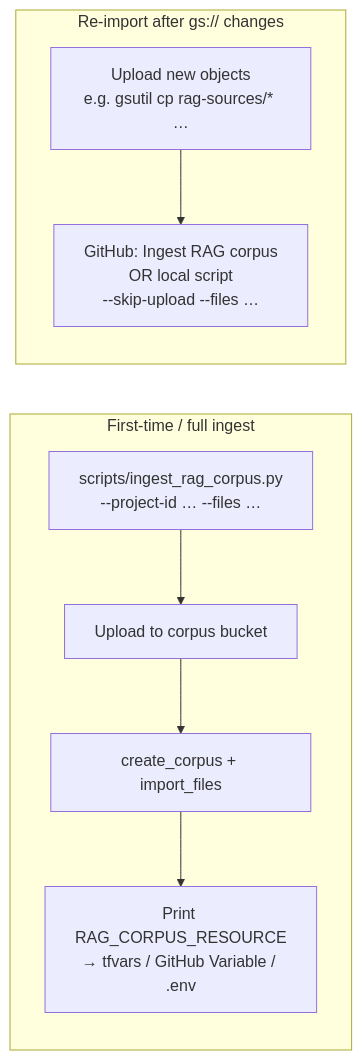
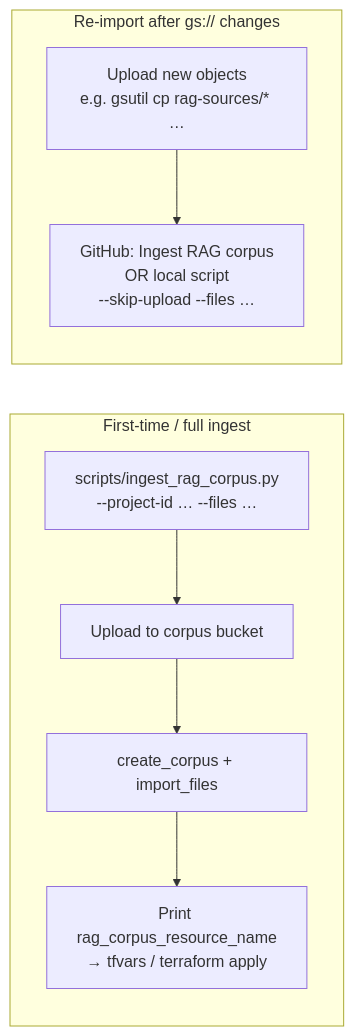
One commit to ak47/digital_twin changed the third of 6 diagrams in docs/ARCHITECTURE.md. Above: the diagram before and after it, drawn with Mermaid. The commit also changed other lines of this file and 17 other files, not shown here.

First line of the commit message:
Update Terraform and GitHub Actions configurations for improved RAG corpus management

````diff
--- a/docs/ARCHITECTURE.md
+++ b/docs/ARCHITECTURE.md
@@ -101,15 +103,15 @@
 ```mermaid
 flowchart LR
     subgraph create["First-time / full ingest"]
         A["scripts/ingest_rag_corpus.py\n--project-id … --files …"]
         A --> B["Upload to corpus bucket"]
         B --> C["create_corpus + import_files"]
-        C --> D["Print RAG_CORPUS_RESOURCE\n→ tfvars / GitHub Variable / .env"]
+        C --> D["Print rag_corpus_resource_name\n→ tfvars / terraform apply"]
     end
 
     subgraph refresh["Re-import after gs:// changes"]
         E["Upload new objects\ne.g. gsutil cp rag-sources/* …"]
         F["GitHub: Ingest RAG corpus\nOR local script\n--skip-upload --files …"]
         E --> F
     end
 ```
````
